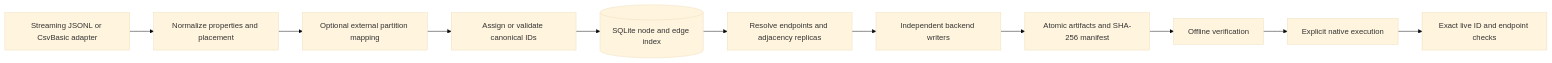
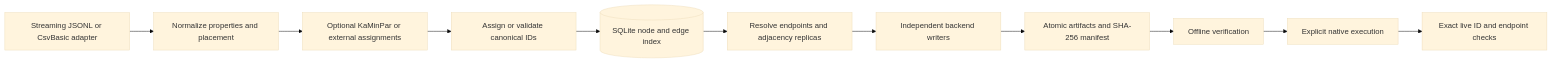
The diagram in docs/guides/BULK_INGESTION.md (Vermihunter/PolyGraph), drawn with Mermaid (base theme) before and after one commit. The commit also changed other lines of this file and 38 other files, not shown here.

First line of the commit message:
feat(ingestion): add optional topology-aware KaMinPar partitioning

````diff
--- a/docs/guides/BULK_INGESTION.md
+++ b/docs/guides/BULK_INGESTION.md
@@ -51,13 +51,13 @@
 ```mermaid
 flowchart LR
   A[Streaming JSONL or CsvBasic adapter] --> N[Normalize properties and placement]
-  N --> P[Optional external partition mapping]
+  N --> P[Optional KaMinPar or external assignments]
   P --> I[Assign or validate canonical IDs]
   I --> D[(SQLite node and edge index)]
   D --> R[Resolve endpoints and adjacency replicas]
   R --> W[Independent backend writers]
   W --> M[Atomic artifacts and SHA-256 manifest]
   M --> V[Offline verification]
   V --> E[Explicit native execution]
   E --> L[Exact live ID and endpoint checks]
 ```
````
